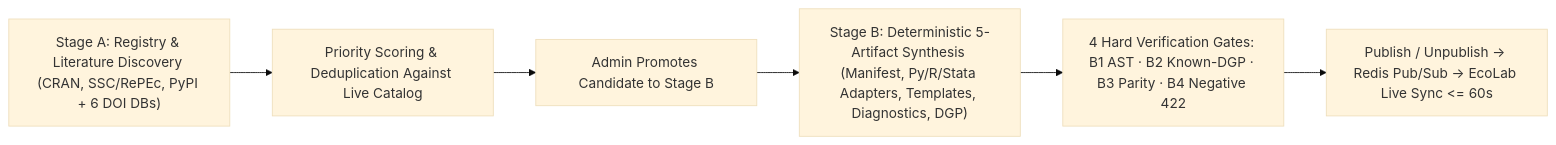
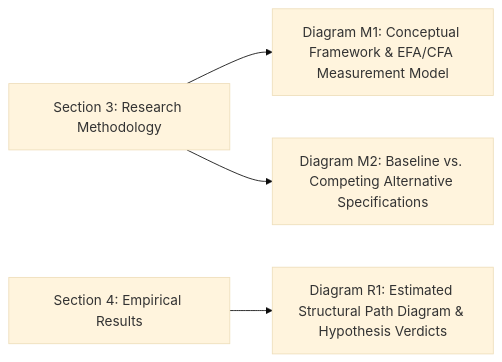
Before and after one commit to vietlod/docs: the diagram in i18n/en/docusaurus-plugin-content-docs/current/ecodata/admin/quan-tri-du-lieu.mdx, drawn with Mermaid (base theme). The commit also changed other lines of this file and 17 other files, not shown here.

````diff
--- a/i18n/en/docusaurus-plugin-content-docs/current/ecodata/admin/quan-tri-du-lieu.mdx
+++ b/i18n/en/docusaurus-plugin-content-docs/current/ecodata/admin/quan-tri-du-lieu.mdx
@@ -29,8 +17,6 @@
 ```mermaid
 flowchart LR
-  A["Stage A: Registry & Literature Discovery (CRAN, SSC/RePEc, PyPI + 6 DOI DBs)"] --> B["Priority Scoring & Deduplication Against Live Catalog"]
-  B --> C["Admin Promotes Candidate to Stage B"]
-  C --> D["Stage B: Deterministic 5-Artifact Synthesis (Manifest, Py/R/Stata Adapters, Templates, Diagnostics, DGP)"]
-  D --> E["4 Hard Verification Gates: B1 AST · B2 Known-DGP · B3 Parity · B4 Negative 422"]
-  E --> F["Publish / Unpublish -> Redis Pub/Sub -> EcoLab Live Sync <= 60s"]
+  A["Section 3: Research Methodology"] --> B["Diagram M1: Conceptual Framework & EFA/CFA Measurement Model"]
+  A --> C["Diagram M2: Baseline vs. Competing Alternative Specifications"]
+  D["Section 4: Empirical Results"] --> E["Diagram R1: Estimated Structural Path Diagram & Hypothesis Verdicts"]
 ```
````
